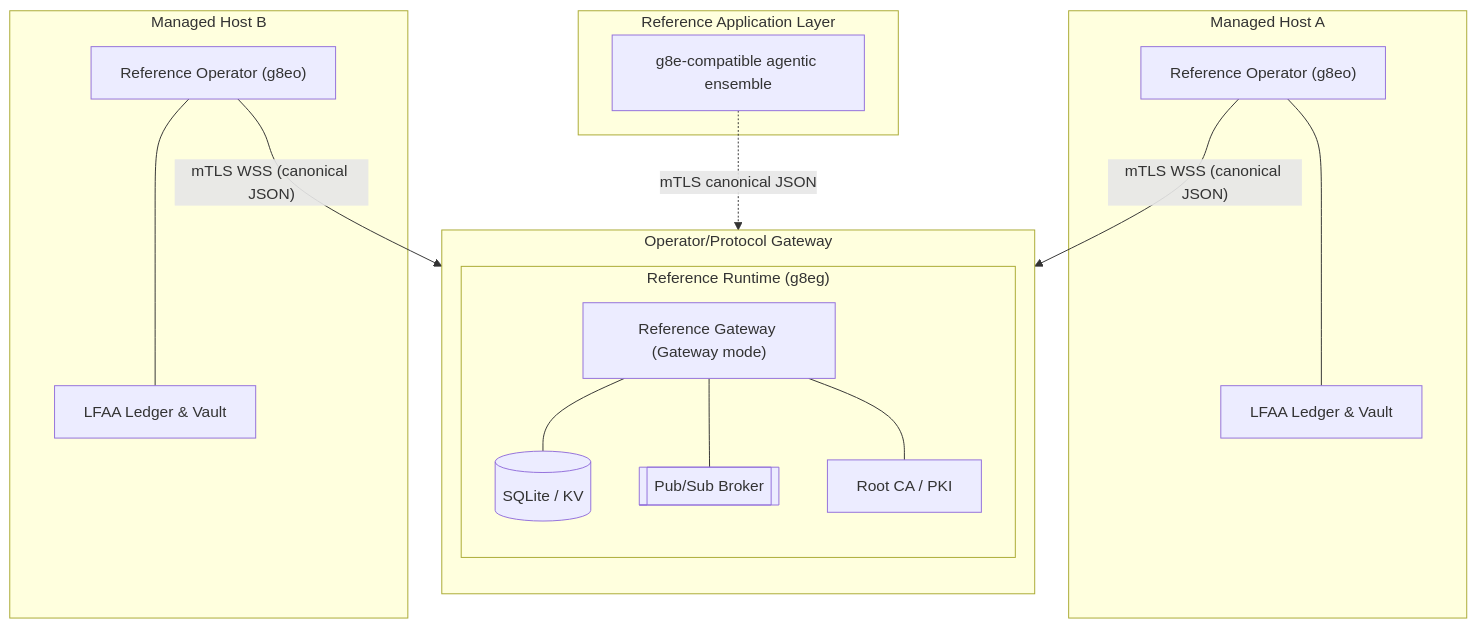
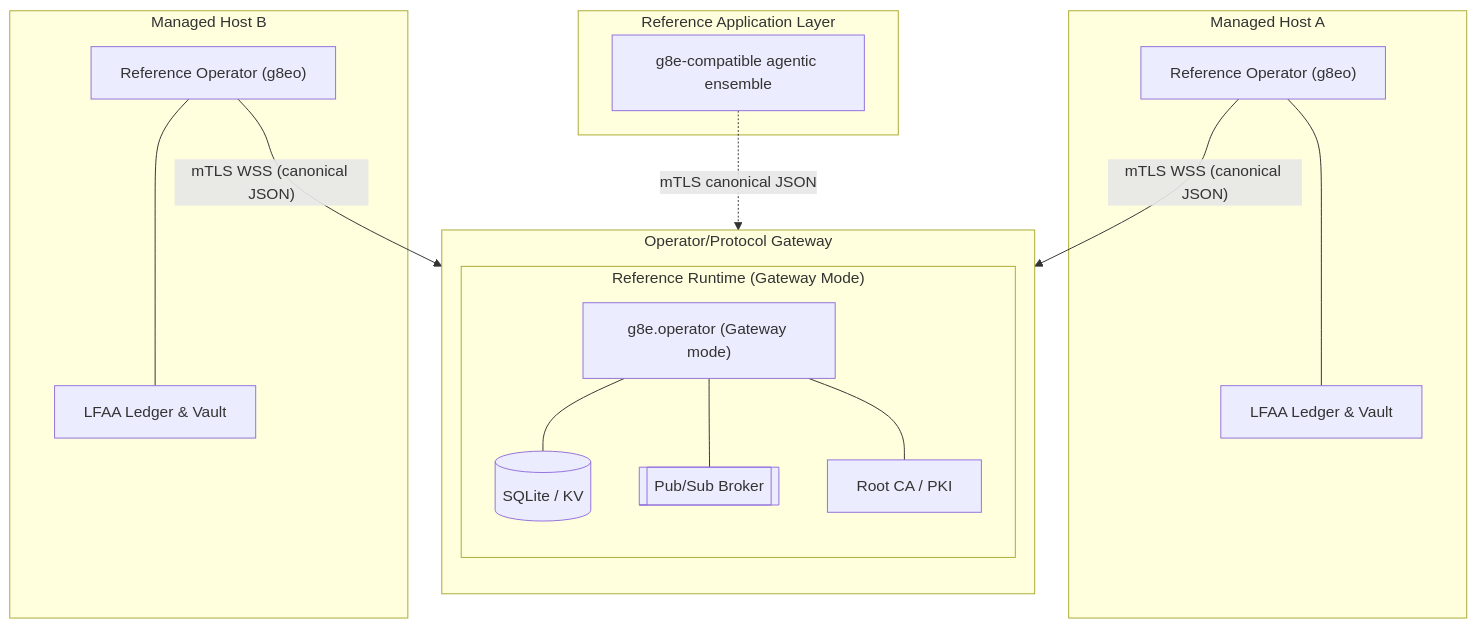
One commit to g8e-ai/g8e changed the first of 2 diagrams in docs/architecture/gateway.md. Above: the diagram before and after it, drawn with Mermaid. The commit also changed other lines of this file and 29 other files, not shown here.

````diff
--- a/docs/architecture/gateway.md
+++ b/docs/architecture/gateway.md
@@ -33,33 +33,33 @@
 ```mermaid
 flowchart TD
     subgraph Hub ["Operator/Protocol Gateway"]
         direction TB
-        subgraph Persistence ["Reference Runtime (g8eg)"]
-            listen["Reference Gateway (Gateway mode)"]
+        subgraph Persistence ["Reference Runtime (Gateway Mode)"]
+            listen["g8e.operator (Gateway mode)"]
             db[("SQLite / KV")]
             ps[["Pub/Sub Broker"]]
             ca["Root CA / PKI"]
             
             listen --- db
             listen --- ps
             listen --- ca
         end
     end
 
     subgraph Apps ["Reference Application Layer"]
         ensemble["g8e-compatible agentic ensemble"]
     end
 
     ensemble -. "mTLS canonical JSON" .-> listen
 
     subgraph EP_A ["Managed Host A"]
         g8eoA["Reference Operator (g8eo)"] --- LFAA_A["LFAA Ledger & Vault"]
     end
 
     subgraph EP_B ["Managed Host B"]
         g8eoB["Reference Operator (g8eo)"] --- LFAA_B["LFAA Ledger & Vault"]
     end
 
     g8eoA -- "mTLS WSS (canonical JSON)" --> listen
     g8eoB -- "mTLS WSS (canonical JSON)" --> listen
 ```
````
